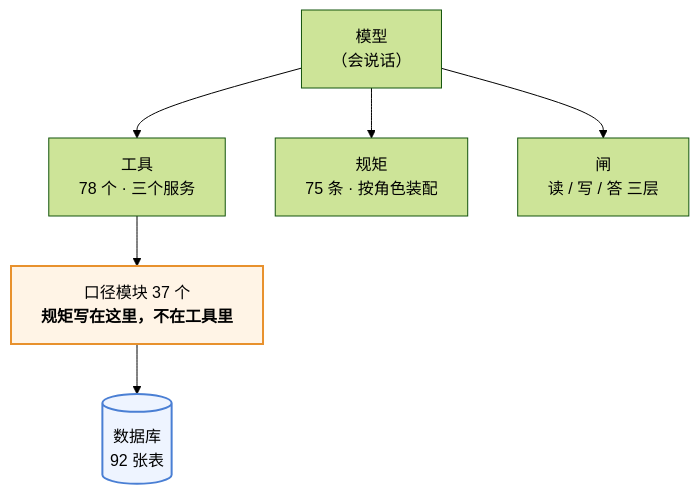
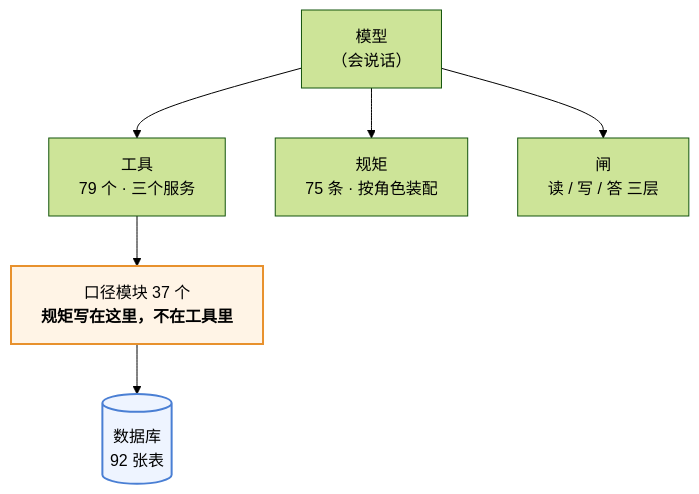
One commit to 843773296-rgb/lanxiu-yunshang-agent changed the first of 3 diagrams in 澜绣云裳agent-产品说明.md. Above: the diagram before and after it, drawn with Mermaid (forest theme). The commit also changed other lines of this file and 24 other files, not shown here.

````diff
--- a/澜绣云裳agent-产品说明.md
+++ b/澜绣云裳agent-产品说明.md
@@ -62,12 +62,12 @@
 ```mermaid
 flowchart TD
     M["模型<br/>（会说话）"]
-    M --> T["工具<br/>78 个 · 三个服务"]
+    M --> T["工具<br/>79 个 · 三个服务"]
     M --> R["规矩<br/>75 条 · 按角色装配"]
     M --> G["闸<br/>读 / 写 / 答 三层"]
     T --> K["口径模块 37 个<br/><b>规矩写在这里，不在工具里</b>"]
     K --> DB[("数据库<br/>92 张表")]
 
     style K fill:#fff4e6,stroke:#e8912d,stroke-width:2px
     style DB fill:#eef4ff,stroke:#4a7fd4,stroke-width:2px
 ```
````
